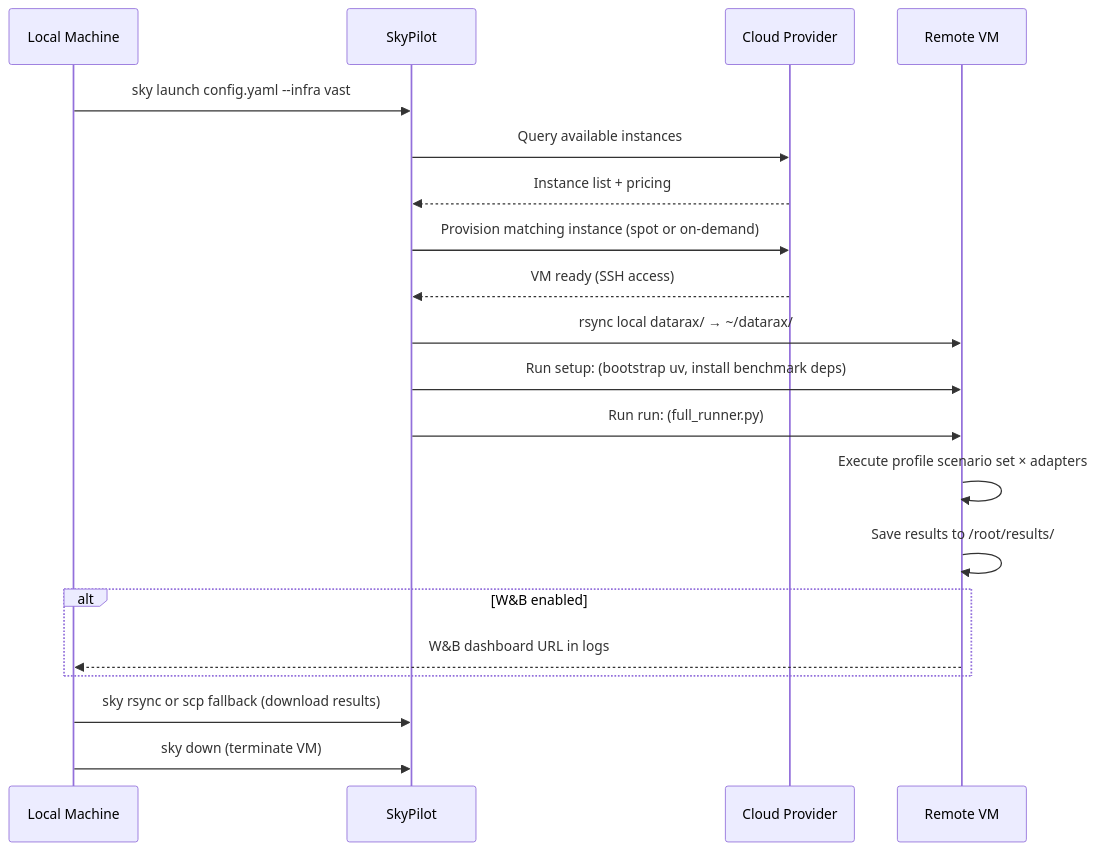
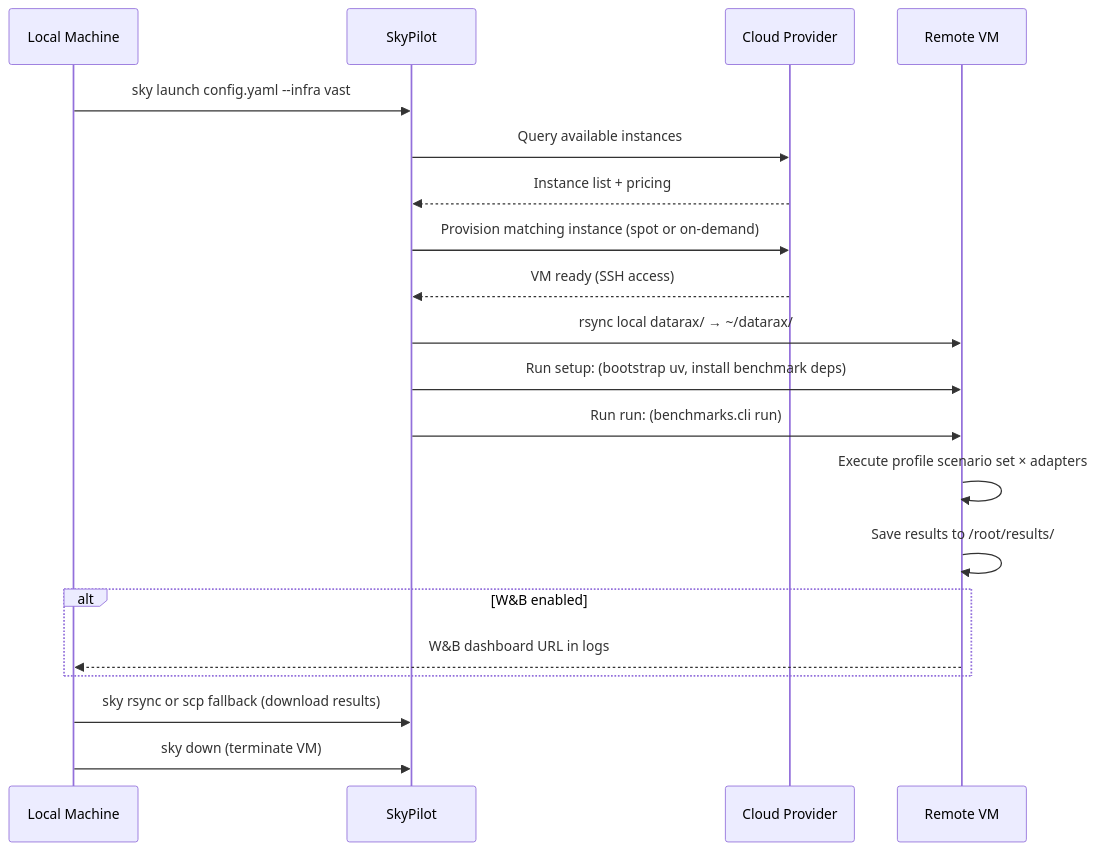
The diagram in docs/benchmarks/cloud.md (avitai/datarax), drawn with Mermaid before and after one commit. The commit also changed other lines of this file and 257 other files, not shown here.

````diff
--- a/docs/benchmarks/cloud.md
+++ b/docs/benchmarks/cloud.md
@@ -280,23 +280,23 @@
 ```mermaid
 sequenceDiagram
     participant You as Local Machine
     participant Sky as SkyPilot
     participant Cloud as Cloud Provider
     participant VM as Remote VM
 
     You->>Sky: sky launch config.yaml --infra vast
     Sky->>Cloud: Query available instances
     Cloud-->>Sky: Instance list + pricing
     Sky->>Cloud: Provision matching instance (spot or on-demand)
     Cloud-->>Sky: VM ready (SSH access)
     Sky->>VM: rsync local datarax/ → ~/datarax/
     Sky->>VM: Run setup: (bootstrap uv, install benchmark deps)
-    Sky->>VM: Run run: (full_runner.py)
+    Sky->>VM: Run run: (benchmarks.cli run)
     VM->>VM: Execute profile scenario set × adapters
     VM->>VM: Save results to /root/results/
     alt W&B enabled
         VM-->>You: W&B dashboard URL in logs
     end
     You->>Sky: sky rsync or scp fallback (download results)
     You->>Sky: sky down (terminate VM)
 ```
````
